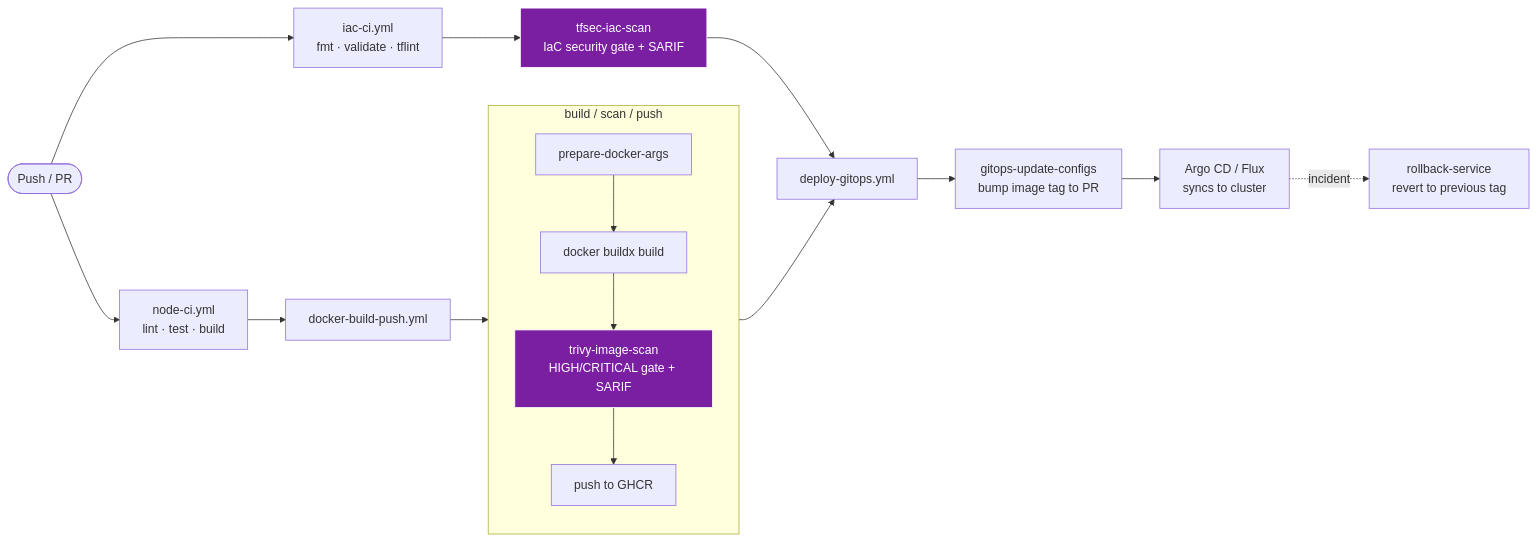
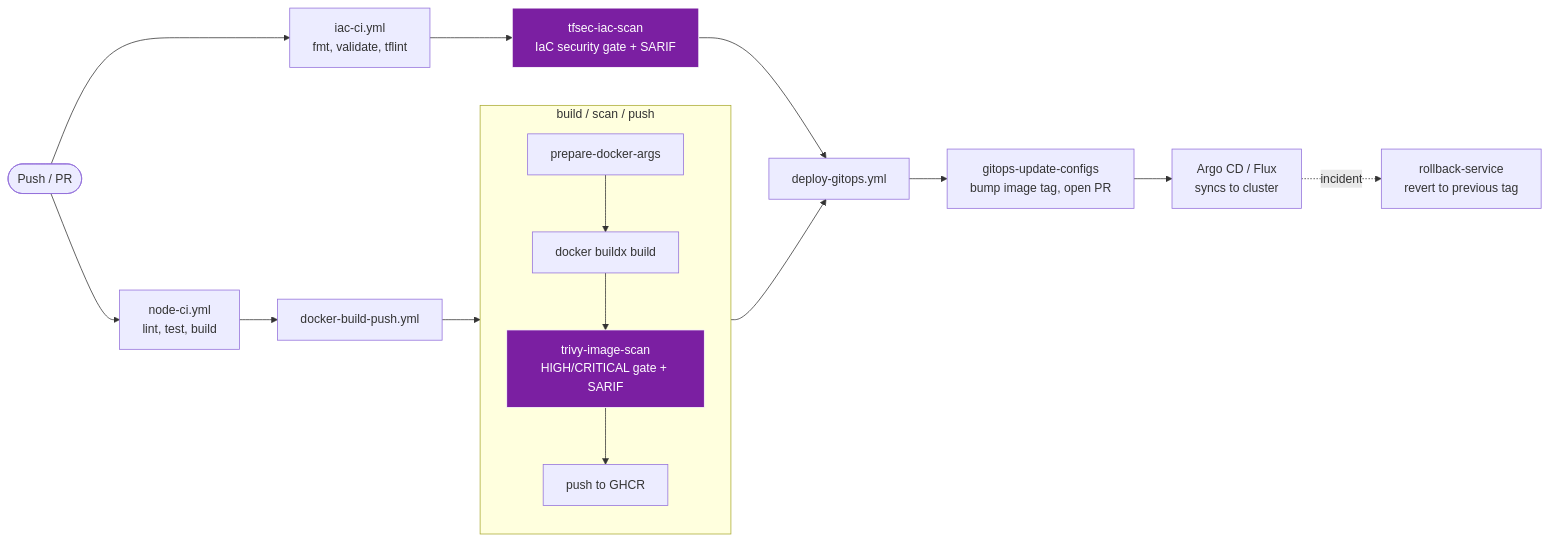
One commit to Muhammad-Imad/reusable-github-actions changed the diagram in README.md. Above: the diagram before and after it, drawn with Mermaid. The commit also changed other lines of this file, not shown here.

Commit message:
Use render-validated Mermaid diagram (tfsec + trivy security gates)

````diff
--- a/README.md
+++ b/README.md
@@ -15,34 +15,28 @@
 ```mermaid
 flowchart LR
     push(["Push / PR"])
-    ci["node-ci.yml<br/>lint · test · build"]
-    iac["iac-ci.yml<br/>fmt · validate · tflint"]
-    sec1["tfsec-iac-scan<br/>IaC security gate + SARIF"]
+    ci["node-ci.yml<br/>lint, test, build"]
+    iac["iac-ci.yml<br/>fmt, validate, tflint"]
+    sec1["tfsec-iac-scan<br/>IaC security gate + SARIF"]:::sec
     build["docker-build-push.yml"]
     deploy["deploy-gitops.yml"]
-    a5["gitops-update-configs<br/>bump image tag to PR"]
+    a5["gitops-update-configs<br/>bump image tag, open PR"]
     argo["Argo CD / Flux<br/>syncs to cluster"]
     rb["rollback-service<br/>revert to previous tag"]
 
-    push --> ci
-    push --> iac
-    iac --> sec1
-
-    ci --> build
     subgraph build_steps["build / scan / push"]
         direction TB
-        a1["prepare-docker-args"] --> a2["docker buildx build"]
-        a2 --> sec2["trivy-image-scan<br/>HIGH/CRITICAL gate + SARIF"]
-        sec2 --> a4["push to GHCR"]
+        a1["prepare-docker-args"]
+        a2["docker buildx build"]
+        sec2["trivy-image-scan<br/>HIGH/CRITICAL gate + SARIF"]:::sec
+        a4["push to GHCR"]
+        a1 --> a2 --> sec2 --> a4
     end
-    build --> build_steps
 
-    sec1 --> deploy
-    build_steps --> deploy
-    deploy --> a5
-    a5 --> argo
-    argo -. incident .-> rb
+    push --> ci --> build --> build_steps --> deploy
+    push --> iac --> sec1 --> deploy
+    deploy --> a5 --> argo
+    argo -.->|incident| rb
 
     classDef sec fill:#7B1FA2,stroke:#ffffff,color:#ffffff;
-    class sec1,sec2 sec
 ```
````
